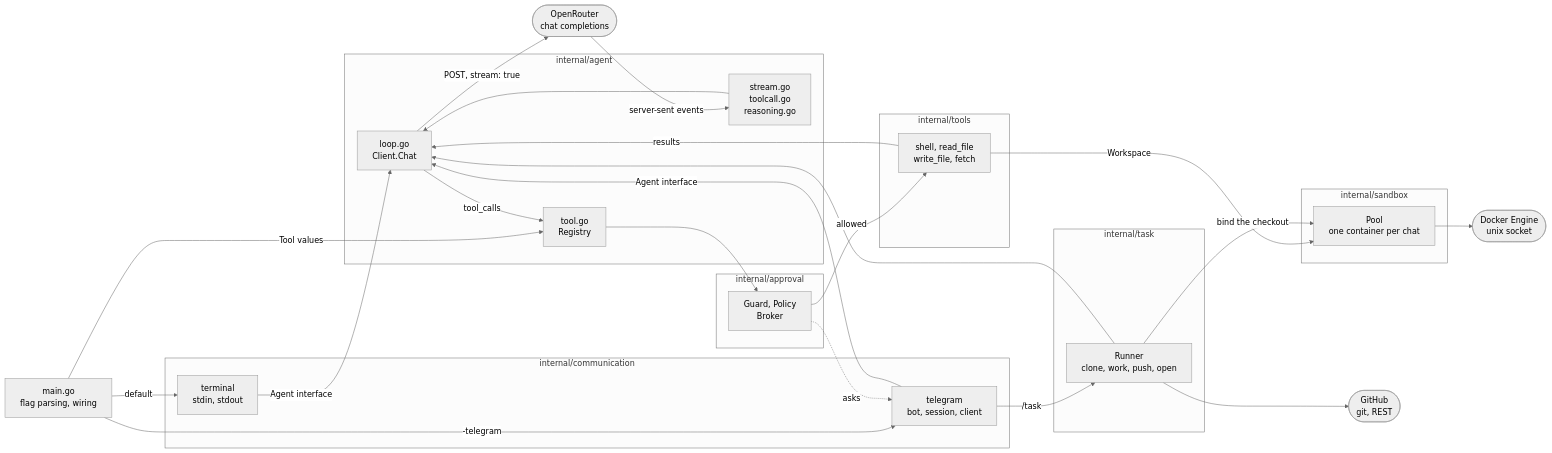
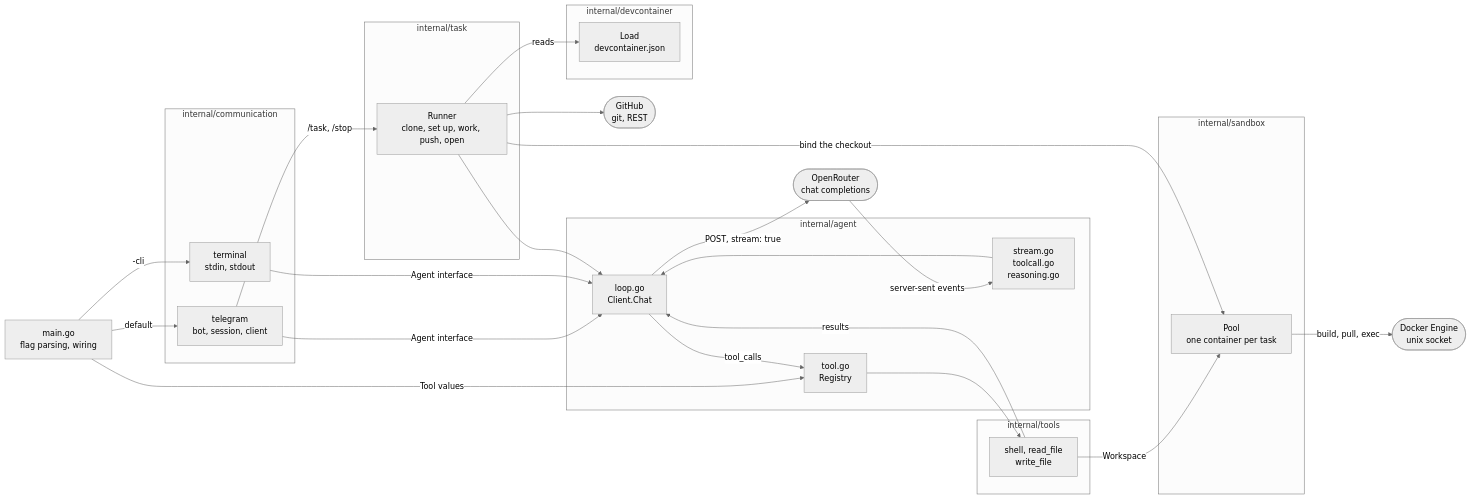
Before and after one commit to skryvets/my-agent: the first of 2 diagrams in README.md, drawn with Mermaid (neutral theme). The commit also changed other lines of this file and 62 other files, not shown here.

First line of the commit message:
Run every task in the dev container of its repository

````diff
--- a/README.md
+++ b/README.md
@@ -19,54 +20,53 @@
 ```mermaid
 flowchart LR
     main["main.go<br/>flag parsing, wiring"]
 
     subgraph comm ["internal/communication"]
+        tg["telegram<br/>bot, session, client"]
         term["terminal<br/>stdin, stdout"]
-        tg["telegram<br/>bot, session, client"]
     end
 
     subgraph core ["internal/agent"]
         chat["loop.go<br/>Client.Chat"]
         reg["tool.go<br/>Registry"]
         sse["stream.go<br/>toolcall.go<br/>reasoning.go"]
     end
 
     subgraph kit ["internal/tools"]
-        sh["shell, read_file<br/>write_file, fetch"]
+        sh["shell, read_file<br/>write_file"]
     end
 
-    subgraph gate ["internal/approval"]
-        guard["Guard, Policy<br/>Broker"]
+    subgraph job ["internal/task"]
+        runner["Runner<br/>clone, set up, work, push, open"]
+    end
+
+    subgraph spec ["internal/devcontainer"]
+        dc["Load<br/>devcontainer.json"]
     end
 
     subgraph box ["internal/sandbox"]
-        pool["Pool<br/>one container per chat"]
-    end
-
-    subgraph job ["internal/task"]
-        runner["Runner<br/>clone, work, push, open"]
+        pool["Pool<br/>one container per task"]
     end
 
     api(["OpenRouter<br/>chat completions"])
     dock(["Docker Engine<br/>unix socket"])
 
-    main -->|default| term
-    main -->|"-telegram"| tg
+    main -->|default| tg
+    main -->|"-cli"| term
     main -->|Tool values| reg
+    tg -->|Agent interface| chat
     term -->|Agent interface| chat
-    tg -->|Agent interface| chat
     chat -->|"POST, stream: true"| api
     api -->|server-sent events| sse
     sse --> chat
     chat -->|tool_calls| reg
-    reg --> guard
-    guard -->|allowed| sh
-    guard -.->|"asks"| tg
+    reg --> sh
     sh -->|Workspace| pool
-    pool --> dock
     sh -->|results| chat
-    tg -->|"/task"| runner
+    tg -->|"/task, /stop"| runner
+    runner -->|reads| dc
+    runner -->|bind the checkout| pool
     runner --> chat
-    runner -->|bind the checkout| pool
+    pool -->|"build, pull, exec"| dock
     runner --> gh(["GitHub<br/>git, REST"])
 ```
````
